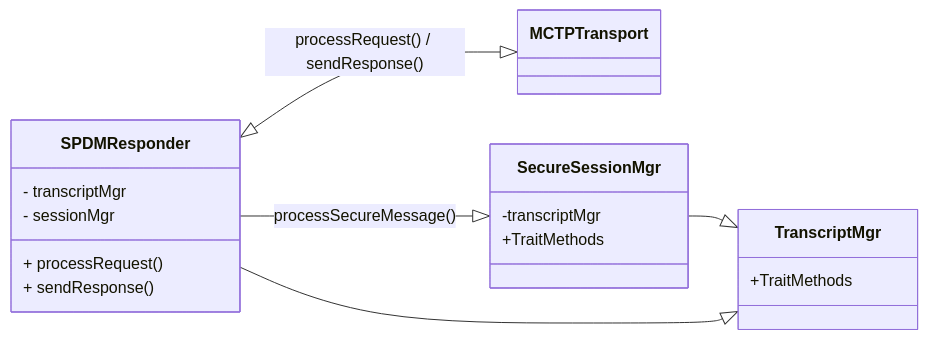
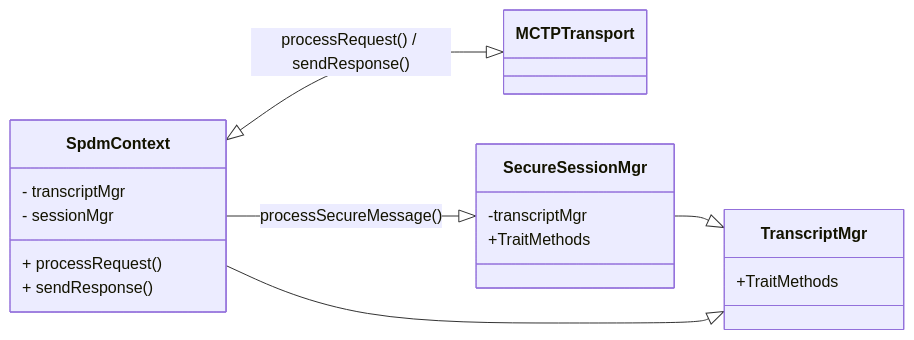
Before and after one commit to chipsalliance/caliptra-mcu-sw: the second of 2 diagrams in docs/src/spdm.md, drawn with Mermaid. The commit also changed other lines of this file and 2 other files, not shown here.

Commit message:
SPDM cert provisioning and management guidance

````diff
--- a/docs/src/spdm.md
+++ b/docs/src/spdm.md
@@ -55,21 +55,21 @@
 ```mermaid
 classDiagram
     direction RL
-    MCTP Transport <|--|> SPDMResponder: processRequest() / sendResponse()
-    SecureSessionMgr <|-- SPDMResponder: processSecureMessage()
-    TranscriptMgr <|-- SPDMResponder
+    MCTP Transport <|--|> SpdmContext: processRequest() / sendResponse()
+    SecureSessionMgr <|-- SpdmContext: processSecureMessage()
+    TranscriptMgr <|-- SpdmContext
     TranscriptMgr <|-- SecureSessionMgr
-    class SPDMResponder{
+    class SpdmContext{
       - transcriptMgr
       - sessionMgr
       + processRequest()
       + sendResponse()
     }
     class SecureSessionMgr {
       -transcriptMgr
       +TraitMethods
     }
     class TranscriptMgr{
       +TraitMethods
     }
 ```
````
